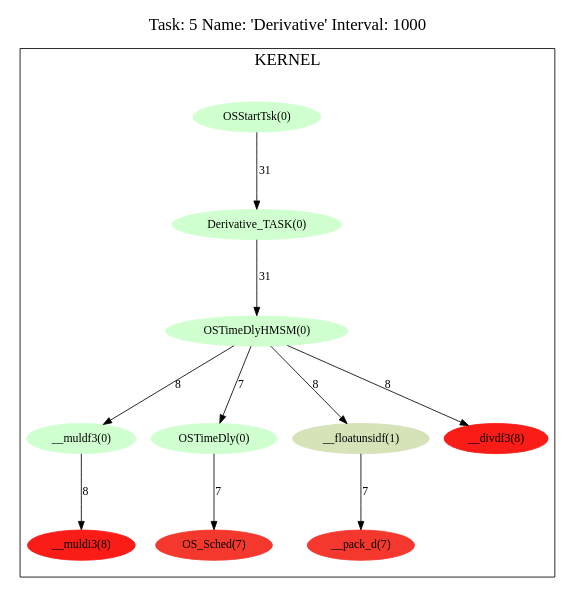
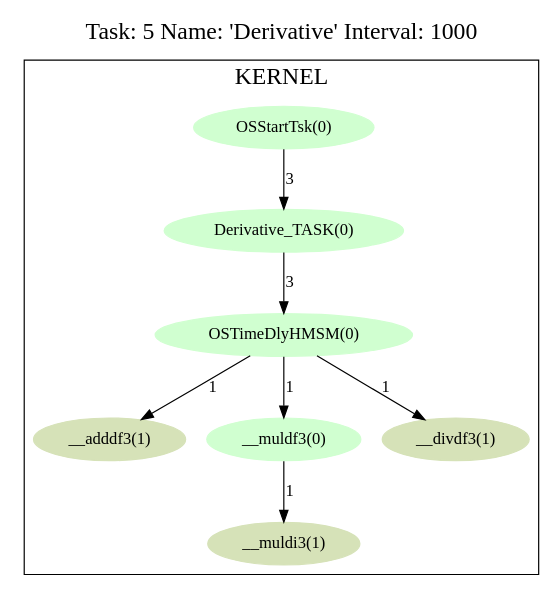
The diagram in ovp_platform/platform_2_tlb/5.Derivative.cpum.dot (jcaplan/fingerprinting), drawn with Graphviz before and after one commit. The commit also changed 60 other files, not shown here.

```diff
--- a/ovp_platform/platform_2_tlb/5.Derivative.cpum.dot
+++ b/ovp_platform/platform_2_tlb/5.Derivative.cpum.dot
@@ -1,40 +1,31 @@
 digraph prof {
   size="6,6";
   ratio = fill;
   fontsize = "20";
   node [style=filled];
   labelloc = "t";
   label = "Task: 5 Name: 'Derivative' Interval: 1000";
   subgraph cluster_kernel {
     label = "KERNEL";
     "F1" [label = "Derivative_TASK(0)"];
-    "F1" -> "F2" [label = 31];
-    "F5" [label = "__muldf3(0)"];
-    "F5" -> "F6" [label = 8];
-    "F6" [label = "__muldi3(8)"];
-    "F4" [label = "__pack_d(7)"];
-    "F9" [label = "OS_Sched(7)"];
-    "F8" [label = "OSTimeDly(0)"];
-    "F8" -> "F9" [label = 7];
+    "F1" -> "F2" [label = 3];
+    "F3" [label = "__adddf3(1)"];
+    "F4" [label = "__muldf3(0)"];
+    "F4" -> "F5" [label = 1];
+    "F5" [label = "__muldi3(1)"];
     "F2" [label = "OSTimeDlyHMSM(0)"];
-    "F2" -> "F3" [label = 8];
-    "F2" -> "F5" [label = 8];
-    "F2" -> "F7" [label = 8];
-    "F2" -> "F8" [label = 7];
+    "F2" -> "F3" [label = 1];
+    "F2" -> "F4" [label = 1];
+    "F2" -> "F6" [label = 1];
     "F0" [label = "OSStartTsk(0)"];
-    "F0" -> "F1" [label = 31];
-    "F7" [label = "__divdf3(8)"];
-    "F3" [label = "__floatunsidf(1)"];
-    "F3" -> "F4" [label = 7];
+    "F0" -> "F1" [label = 3];
+    "F6" [label = "__divdf3(1)"];
     "F1" [color="#d0ffd0"];
-    "F5" [color="#d0ffd0"];
-    "F6" [color="#fa1c17"];
-    "F4" [color="#f5382e"];
-    "F9" [color="#f5382e"];
-    "F8" [color="#d0ffd0"];
+    "F3" [color="#d6e2b8"];
+    "F4" [color="#d0ffd0"];
+    "F5" [color="#d6e2b8"];
     "F2" [color="#d0ffd0"];
     "F0" [color="#d0ffd0"];
-    "F7" [color="#fa1c17"];
-    "F3" [color="#d6e2b8"];
+    "F6" [color="#d6e2b8"];
   }
 }
```
